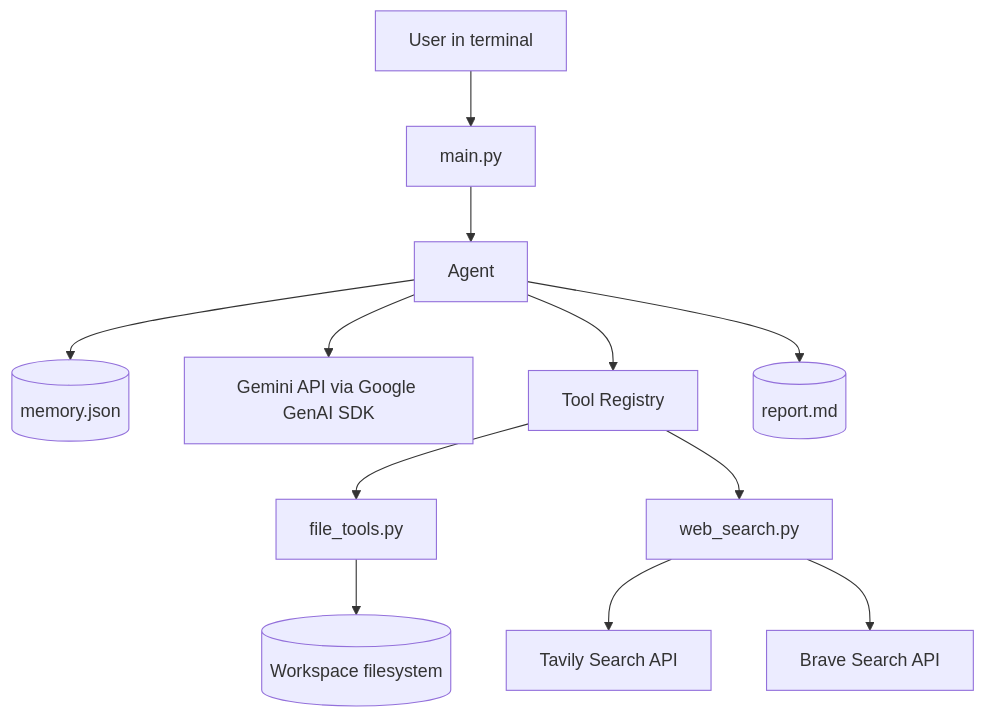
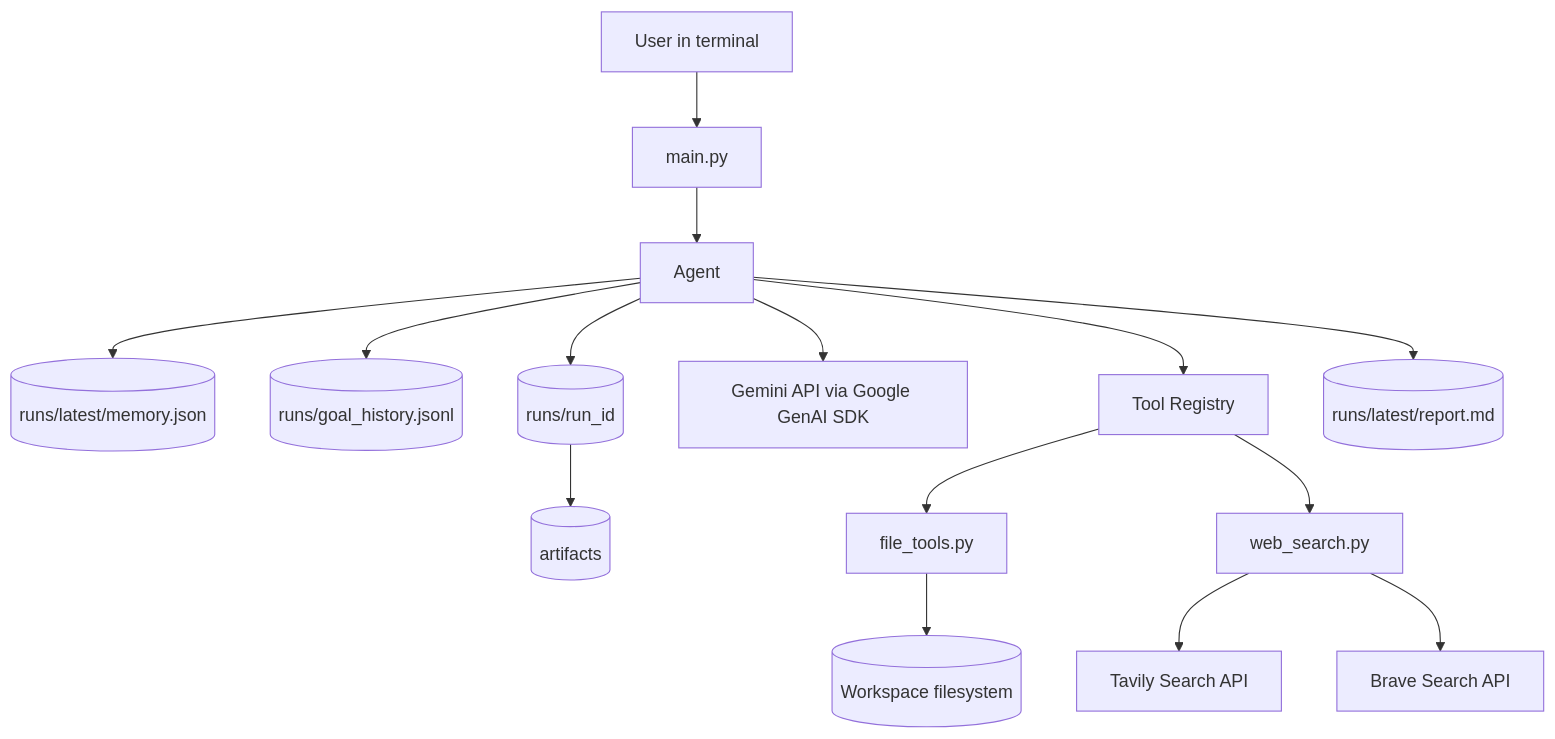
One commit to yessaravanan/gemini-research-agent changed the first of 3 diagrams in docs/02-system-architecture.md. Above: the diagram before and after it, drawn with Mermaid. The commit also changed other lines of this file and 19 other files, not shown here.

````diff
--- a/docs/02-system-architecture.md
+++ b/docs/02-system-architecture.md
@@ -14,14 +14,17 @@
 ```mermaid
 flowchart TD
     User[User in terminal] --> Main[main.py]
     Main --> Agent[Agent]
-    Agent --> Memory[(memory.json)]
+    Agent --> Memory[(runs/latest/memory.json)]
+    Agent --> History[(runs/goal_history.jsonl)]
+    Agent --> Archive[(runs/run_id)]
+    Archive --> Artifacts[(artifacts)]
     Agent --> Gemini[Gemini API via Google GenAI SDK]
     Agent --> ToolRegistry[Tool Registry]
     ToolRegistry --> FileTools[file_tools.py]
     ToolRegistry --> WebSearch[web_search.py]
     WebSearch --> Tavily[Tavily Search API]
     WebSearch --> Brave[Brave Search API]
     FileTools --> Workspace[(Workspace filesystem)]
-    Agent --> Report[(report.md)]
+    Agent --> Report[(runs/latest/report.md)]
 ```
````
